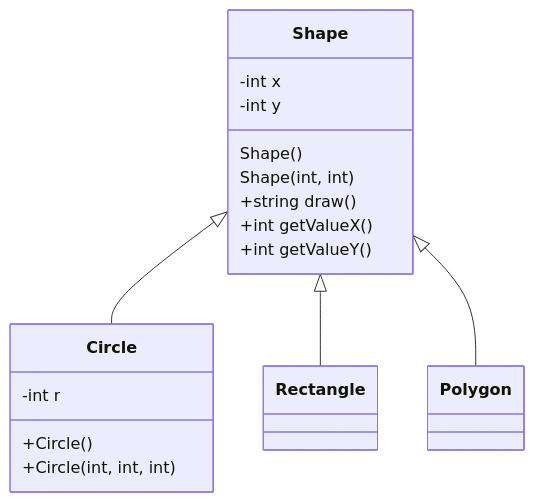
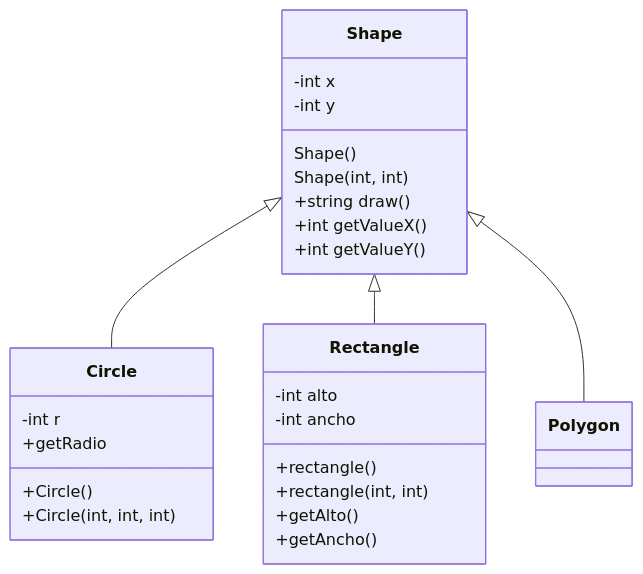
The first of 2 diagrams in assignments/01-ShapeCircleRectanglePolygon/README.md (raul435/TC1030.cpp.herencia), drawn with Mermaid before and after one commit. The commit also changed 4 other files, not shown here.

````diff
--- a/assignments/01-ShapeCircleRectanglePolygon/README.md
+++ b/assignments/01-ShapeCircleRectanglePolygon/README.md
@@ -5,24 +5,31 @@
 ```mermaid
 classDiagram
       Shape <|-- Circle
       Shape <|-- Rectangle
       Shape <|-- Polygon
       Shape:-int x
       Shape:-int y
       Shape:Shape()
       Shape:Shape(int, int)
       Shape:+string draw()
       Shape:+int getValueX()
       Shape:+int getValueY()
       class Circle {
         -int r
         +Circle()
         +Circle(int, int, int)
+        +getRadio
       }
-      class Rectangle {        
+      class Rectangle {
+            -int alto
+            -int ancho
+            +rectangle()
+            +rectangle(int, int)
+            +getAlto()
+            +getAncho()
       }
       class Polygon {
       }
         
 
 ```
````
